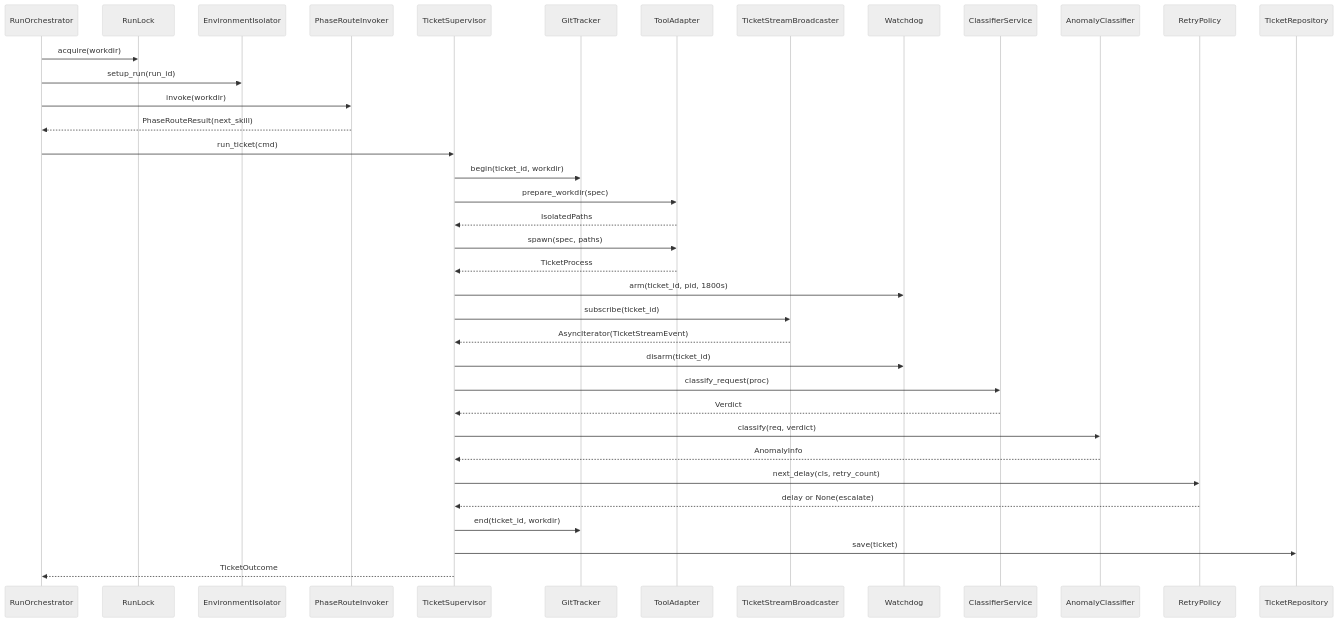
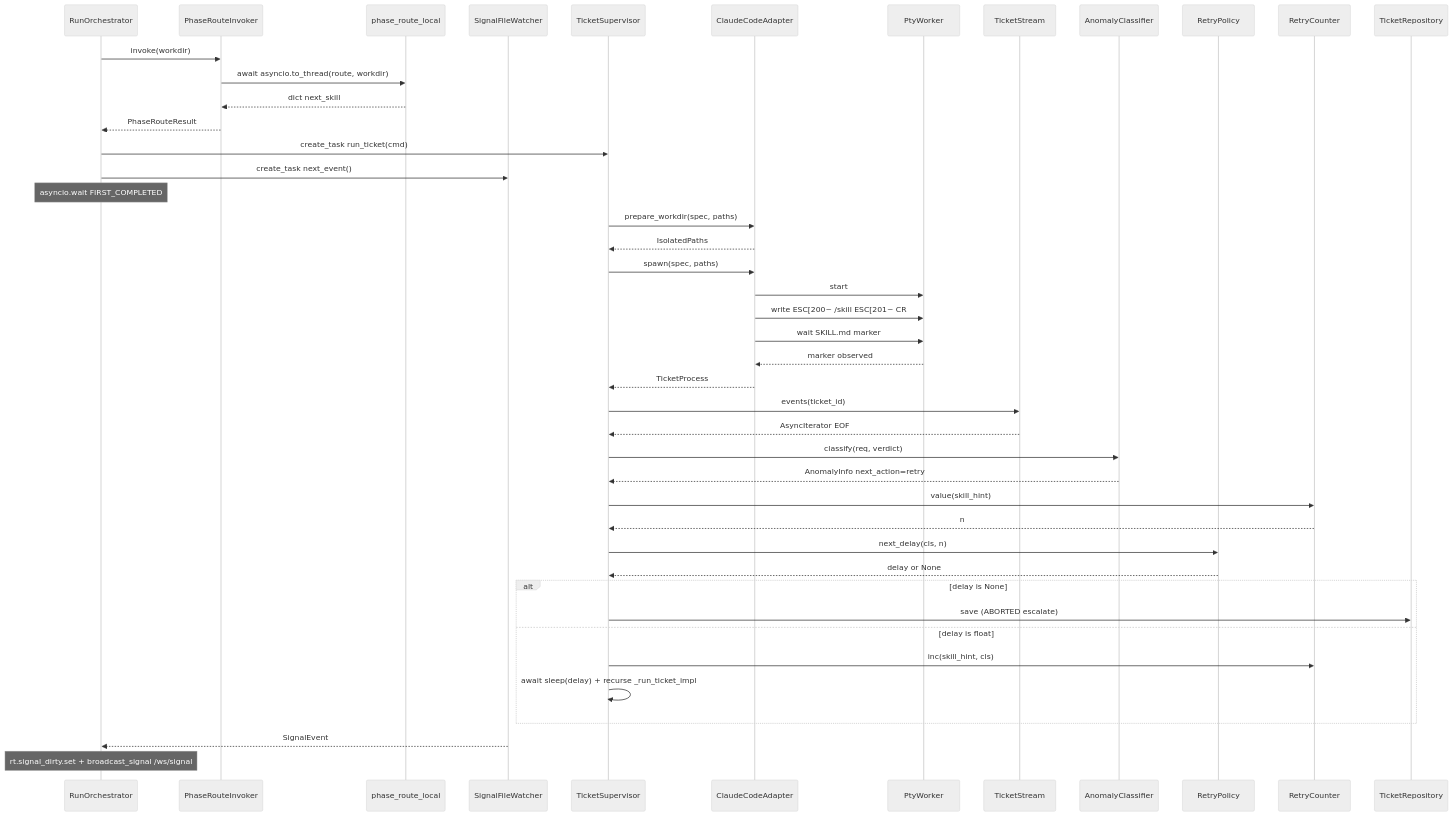
The second of 6 diagrams in docs/features/20-f20-bk-loop-run-orchestrator-recovery-su.md (suriyel/Eva), drawn with Mermaid (neutral theme) before and after one commit. The commit also changed other lines of this file and 2 other files, not shown here.

Commit message:
design: feature #20 f20-bk-loop-run-orchestrator-recovery-su — Wave 5 design current.phase → tdd

````diff
--- a/docs/features/20-f20-bk-loop-run-orchestrator-recovery-su.md
+++ b/docs/features/20-f20-bk-loop-run-orchestrator-recovery-su.md
@@ -129,39 +155,46 @@
 ```mermaid
 sequenceDiagram
     participant RunOrchestrator
-    participant RunLock
-    participant EnvironmentIsolator
     participant PhaseRouteInvoker
+    participant phase_route_local
+    participant SignalFileWatcher
     participant TicketSupervisor
-    participant GitTracker
-    participant ToolAdapter
-    participant TicketStreamBroadcaster
-    participant Watchdog
-    participant ClassifierService
+    participant ClaudeCodeAdapter
+    participant PtyWorker
+    participant TicketStream
     participant AnomalyClassifier
     participant RetryPolicy
+    participant RetryCounter
     participant TicketRepository
-    RunOrchestrator->>RunLock: acquire(workdir)
-    RunOrchestrator->>EnvironmentIsolator: setup_run(run_id)
     RunOrchestrator->>PhaseRouteInvoker: invoke(workdir)
-    PhaseRouteInvoker-->>RunOrchestrator: PhaseRouteResult(next_skill)
-    RunOrchestrator->>TicketSupervisor: run_ticket(cmd)
-    TicketSupervisor->>GitTracker: begin(ticket_id, workdir)
-    TicketSupervisor->>ToolAdapter: prepare_workdir(spec)
-    ToolAdapter-->>TicketSupervisor: IsolatedPaths
-    TicketSupervisor->>ToolAdapter: spawn(spec, paths)
-    ToolAdapter-->>TicketSupervisor: TicketProcess
-    TicketSupervisor->>Watchdog: arm(ticket_id, pid, 1800s)
-    TicketSupervisor->>TicketStreamBroadcaster: subscribe(ticket_id)
-    TicketStreamBroadcaster-->>TicketSupervisor: AsyncIterator(TicketStreamEvent)
-    TicketSupervisor->>Watchdog: disarm(ticket_id)
-    TicketSupervisor->>ClassifierService: classify_request(proc)
-    ClassifierService-->>TicketSupervisor: Verdict
+    PhaseRouteInvoker->>phase_route_local: await asyncio.to_thread(route, workdir)
+    phase_route_local-->>PhaseRouteInvoker: dict next_skill
+    PhaseRouteInvoker-->>RunOrchestrator: PhaseRouteResult
+    RunOrchestrator->>TicketSupervisor: create_task run_ticket(cmd)
+    RunOrchestrator->>SignalFileWatcher: create_task next_event()
+    Note over RunOrchestrator: asyncio.wait FIRST_COMPLETED
+    TicketSupervisor->>ClaudeCodeAdapter: prepare_workdir(spec, paths)
+    ClaudeCodeAdapter-->>TicketSupervisor: IsolatedPaths
+    TicketSupervisor->>ClaudeCodeAdapter: spawn(spec, paths)
+    ClaudeCodeAdapter->>PtyWorker: start
+    ClaudeCodeAdapter->>PtyWorker: write ESC[200~ /skill ESC[201~ CR
+    ClaudeCodeAdapter->>PtyWorker: wait SKILL.md marker
+    PtyWorker-->>ClaudeCodeAdapter: marker observed
+    ClaudeCodeAdapter-->>TicketSupervisor: TicketProcess
+    TicketSupervisor->>TicketStream: events(ticket_id)
+    TicketStream-->>TicketSupervisor: AsyncIterator EOF
     TicketSupervisor->>AnomalyClassifier: classify(req, verdict)
-    AnomalyClassifier-->>TicketSupervisor: AnomalyInfo
-    TicketSupervisor->>RetryPolicy: next_delay(cls, retry_count)
-    RetryPolicy-->>TicketSupervisor: delay or None(escalate)
-    TicketSupervisor->>GitTracker: end(ticket_id, workdir)
-    TicketSupervisor->>TicketRepository: save(ticket)
-    TicketSupervisor-->>RunOrchestrator: TicketOutcome
+    AnomalyClassifier-->>TicketSupervisor: AnomalyInfo next_action=retry
+    TicketSupervisor->>RetryCounter: value(skill_hint)
+    RetryCounter-->>TicketSupervisor: n
+    TicketSupervisor->>RetryPolicy: next_delay(cls, n)
+    RetryPolicy-->>TicketSupervisor: delay or None
+    alt delay is None
+        TicketSupervisor->>TicketRepository: save (ABORTED escalate)
+    else delay is float
+        TicketSupervisor->>RetryCounter: inc(skill_hint, cls)
+        TicketSupervisor->>TicketSupervisor: await sleep(delay) + recurse _run_ticket_impl
+    end
+    SignalFileWatcher-->>RunOrchestrator: SignalEvent
+    Note over RunOrchestrator: rt.signal_dirty.set + broadcast_signal /ws/signal
 ```
````
